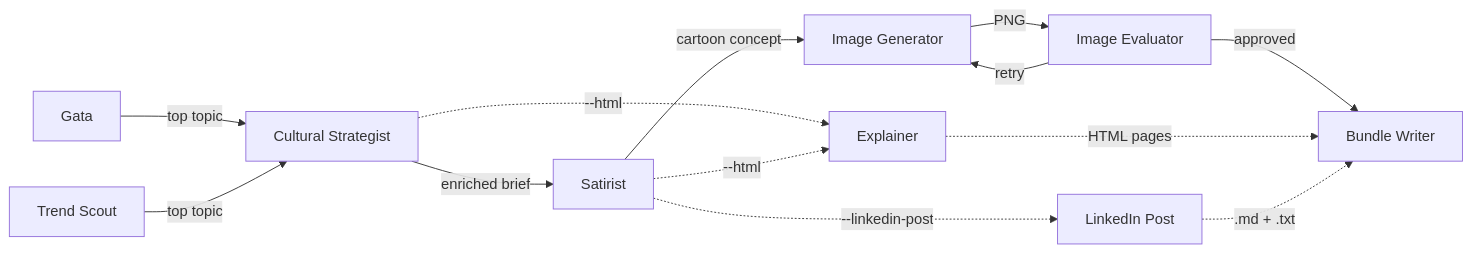
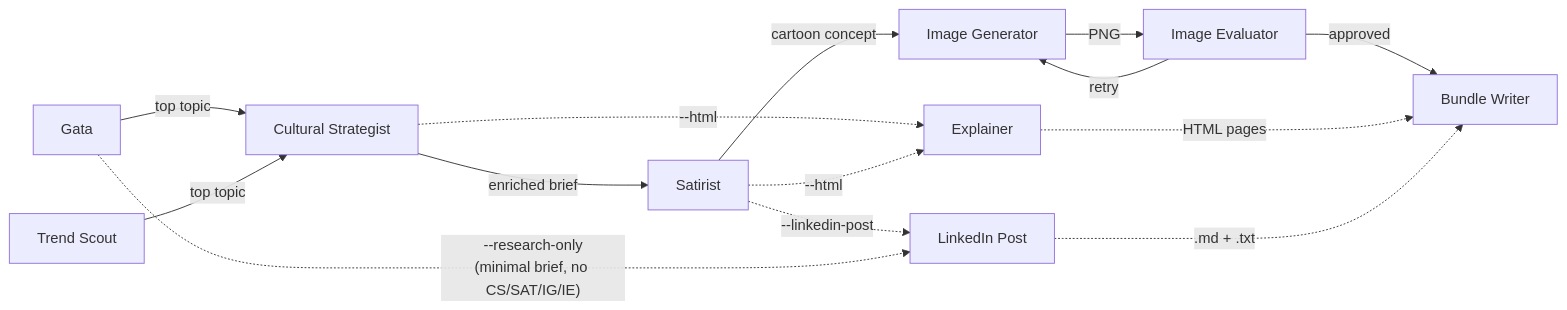
One commit to josemrsantos/gata changed the first of 10 diagrams in docs/architecture.md. Above: the diagram before and after it, drawn with Mermaid. The commit also changed other lines of this file and 18 other files, not shown here.

First line of the commit message:
feat: spec 046 — research-only mode

````diff
--- a/docs/architecture.md
+++ b/docs/architecture.md
@@ -11,25 +11,26 @@
 ```mermaid
 flowchart LR
     GT[Gata]
     TS[Trend Scout]
     CS[Cultural Strategist]
     SAT[Satirist]
     IG[Image Generator]
     IE[Image Evaluator]
     EX[Explainer]
     LP[LinkedIn Post]
     BW[Bundle Writer]
 
     GT -->|top topic| CS
     TS -->|top topic| CS
     CS -->|enriched brief| SAT
     SAT -->|cartoon concept| IG
     IG -->|PNG| IE
     IE -->|retry| IG
     IE -->|approved| BW
     CS -.->|"--html"| EX
     SAT -.->|"--html"| EX
     EX -.->|HTML pages| BW
     SAT -.->|"--linkedin-post"| LP
     LP -.->|".md + .txt"| BW
+    GT -.->|"--research-only\n(minimal brief, no CS/SAT/IG/IE)"| LP
 ```
````
